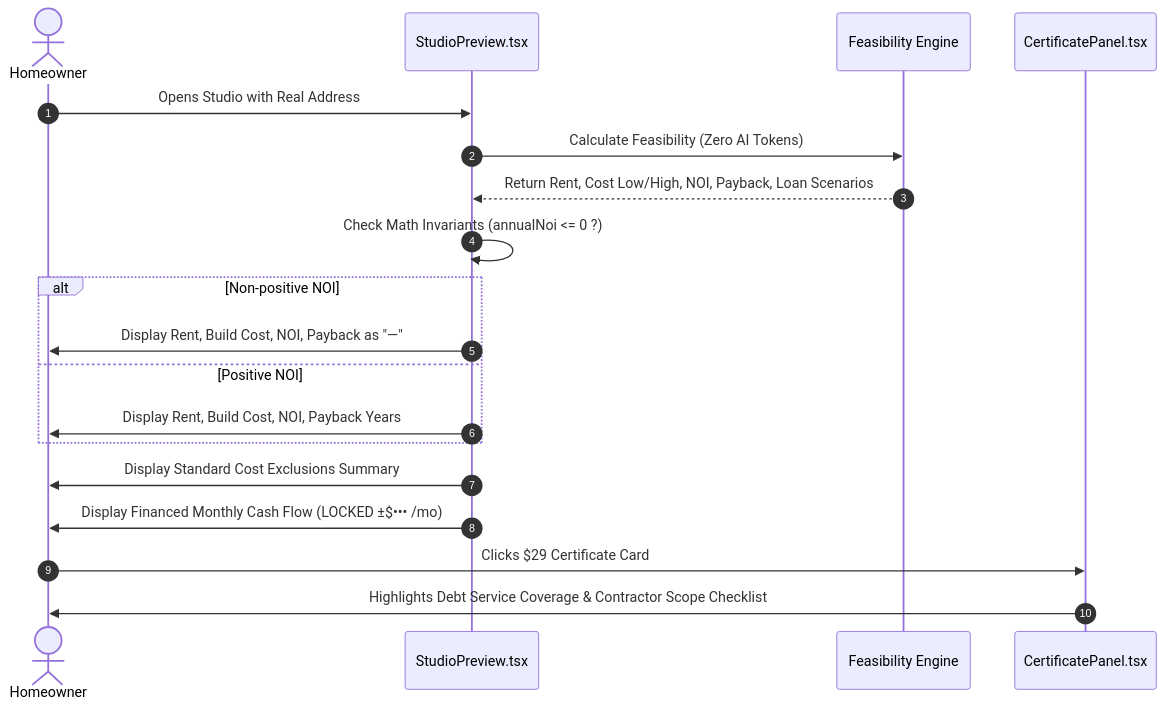
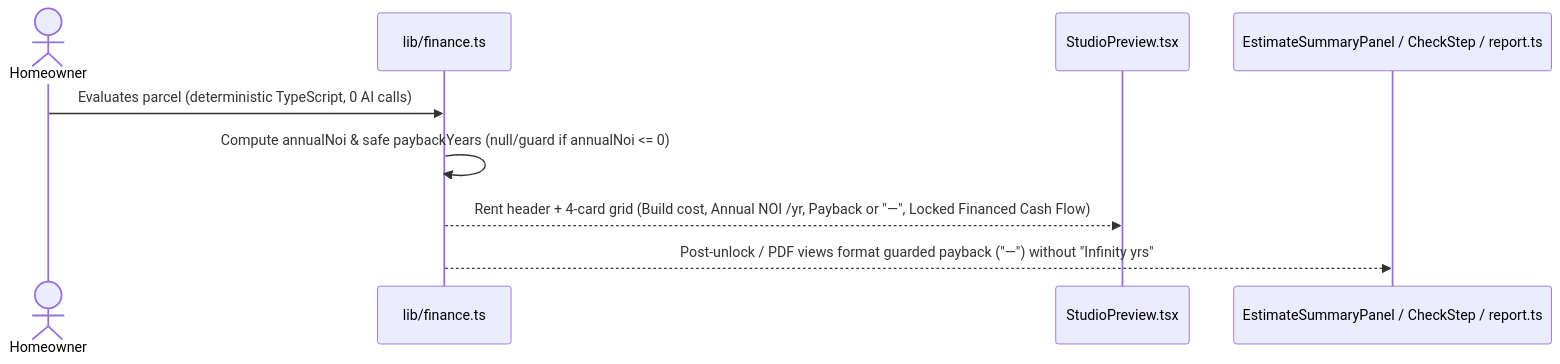
The second of 2 diagrams in docs/designs/lotfoundry-funnel-certificate-activation.md (torralba85/YardUp), drawn with Mermaid before and after one commit. The commit also changed other lines of this file and 21 other files, not shown here.

````diff
--- a/docs/designs/lotfoundry-funnel-certificate-activation.md
+++ b/docs/designs/lotfoundry-funnel-certificate-activation.md
@@ -131,22 +103,12 @@
 ```mermaid
 sequenceDiagram
-    autonumber
-    actor User as Homeowner
-    participant SP as StudioPreview.tsx
-    participant FE as Feasibility Engine
-    participant CP as CertificatePanel.tsx
+    actor Owner as Homeowner
+    participant Engine as lib/finance.ts
+    participant FreeUI as StudioPreview.tsx
+    participant Sibling as EstimateSummaryPanel / CheckStep / report.ts
 
-    User->>SP: Opens Studio with Real Address
-    SP->>FE: Calculate Feasibility (Zero AI Tokens)
-    FE-->>SP: Return Rent, Cost Low/High, NOI, Payback, Loan Scenarios
-    SP->>SP: Check Math Invariants (annualNoi <= 0 ?)
-    alt Non-positive NOI
-        SP->>User: Display Rent, Build Cost, NOI, Payback as "—"
-    else Positive NOI
-        SP->>User: Display Rent, Build Cost, NOI, Payback Years
-    end
-    SP->>User: Display Standard Cost Exclusions Summary
-    SP->>User: Display Financed Monthly Cash Flow (LOCKED ±$••• /mo)
-    User->>CP: Clicks $29 Certificate Card
-    CP->>User: Highlights Debt Service Coverage & Contractor Scope Checklist
+    Owner->>Engine: Evaluates parcel (deterministic TypeScript, 0 AI calls)
+    Engine->>Engine: Compute annualNoi & safe paybackYears (null/guard if annualNoi <= 0)
+    Engine-->>FreeUI: Rent header + 4-card grid (Build cost, Annual NOI /yr, Payback or "—", Locked Financed Cash Flow)
+    Engine-->>Sibling: Post-unlock / PDF views format guarded payback ("—") without "Infinity yrs"
 ```
````
